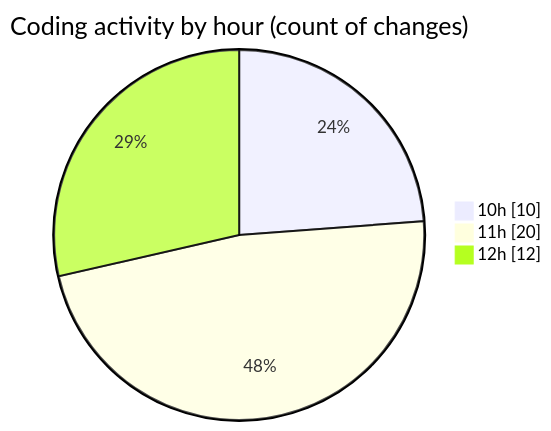
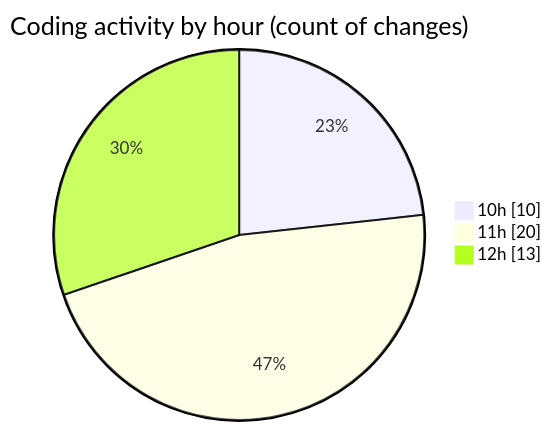
Before and after one commit to BS-eng2023/code-tracking: the second of 2 diagrams in 2025-03-31/jsvms/README.md, drawn with Mermaid. The commit also changed other lines of this file and 1 other file, not shown here.

````diff
--- a/2025-03-31/jsvms/README.md
+++ b/2025-03-31/jsvms/README.md
@@ -44,7 +44,7 @@
 ```mermaid
 pie showData
 title Coding activity by hour (count of changes)
 "10h" : 10
 "11h" : 20
-"12h" : 12
+"12h" : 13
 ```
````
